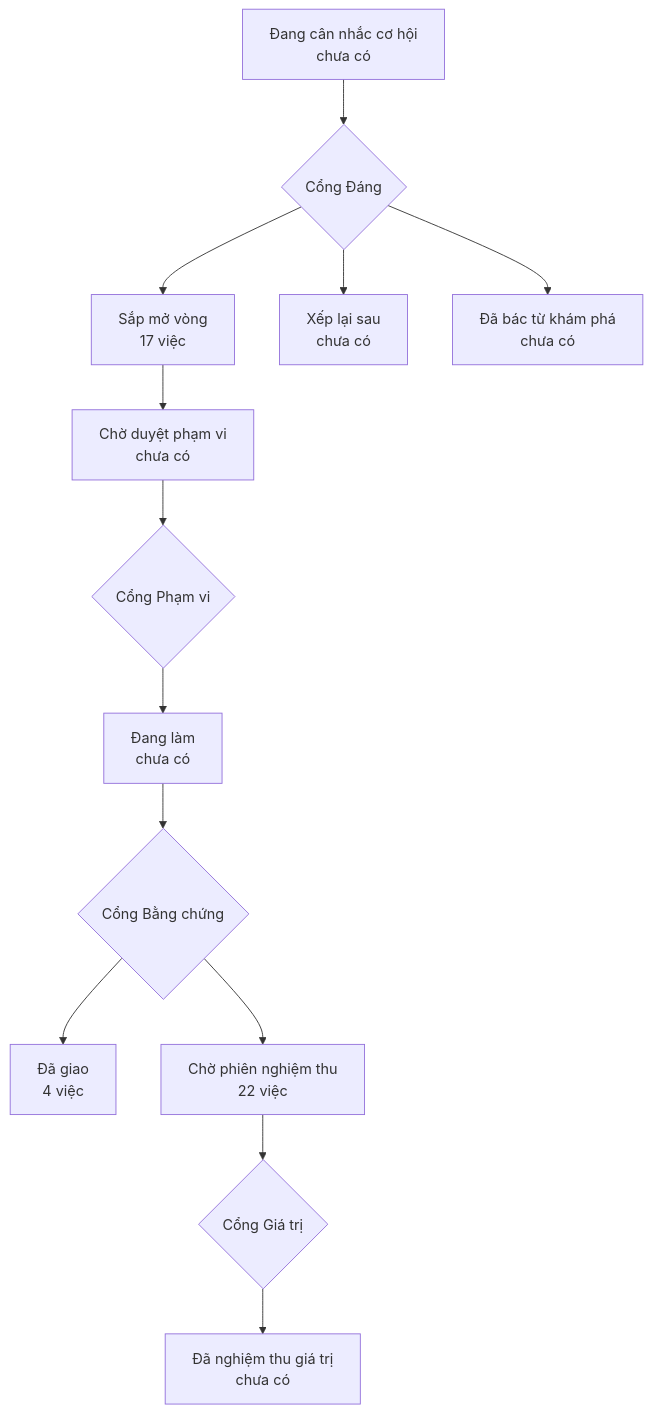
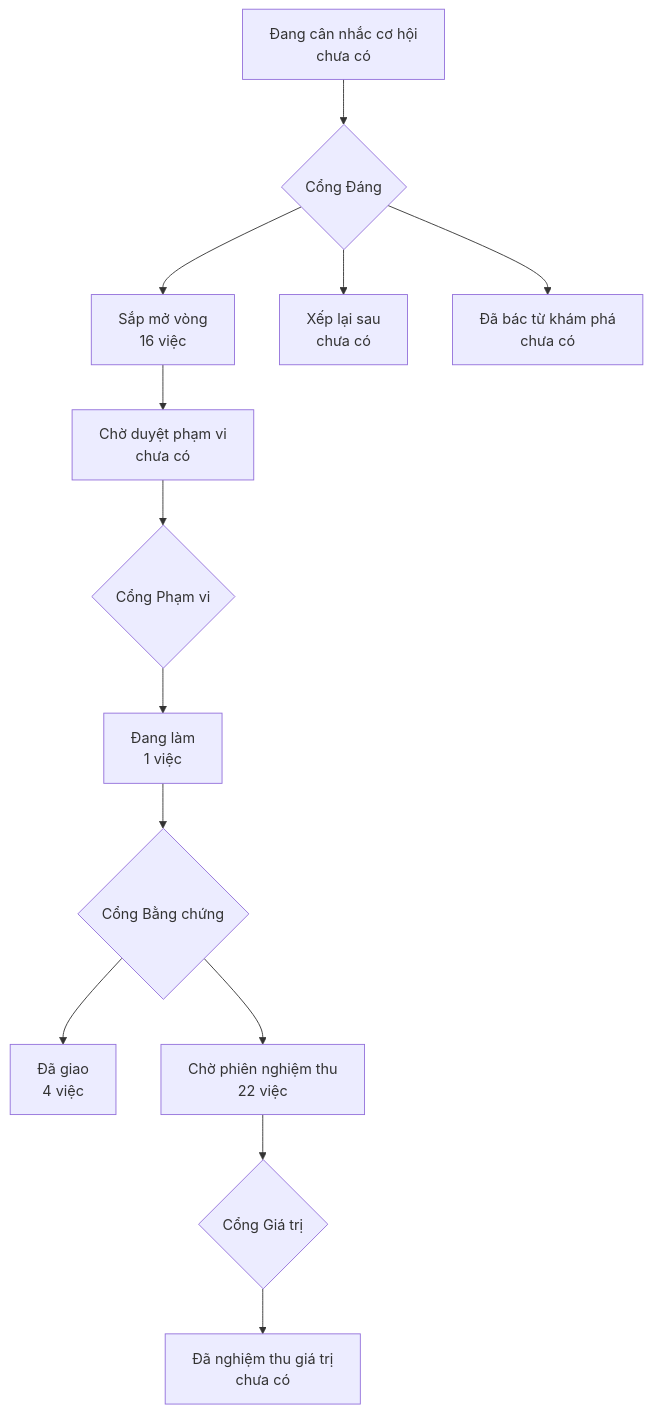
The diagram in PRODUCT-MAP.md (phanlemanh/onehub-quy-hang), drawn with Mermaid before and after one commit. The commit also changed other lines of this file and 3 other files, not shown here.

````diff
--- a/PRODUCT-MAP.md
+++ b/PRODUCT-MAP.md
@@ -7,12 +7,12 @@
 ```mermaid
 flowchart TD
   A["Đang cân nhắc cơ hội<br/>chưa có"] --> GD{"Cổng Đáng"}
-  GD --> B["Sắp mở vòng<br/>17 việc"]
+  GD --> B["Sắp mở vòng<br/>16 việc"]
   GD --> XL["Xếp lại sau<br/>chưa có"]
   GD --> DB["Đã bác từ khám phá<br/>chưa có"]
   B --> CD["Chờ duyệt phạm vi<br/>chưa có"] --> GP{"Cổng Phạm vi"}
-  GP --> DL["Đang làm<br/>chưa có"] --> GB{"Cổng Bằng chứng"}
+  GP --> DL["Đang làm<br/>1 việc"] --> GB{"Cổng Bằng chứng"}
   GB --> DG["Đã giao<br/>4 việc"]
   GB --> CN["Chờ phiên nghiệm thu<br/>22 việc"] --> GG{"Cổng Giá trị"}
   GG --> NT["Đã nghiệm thu giá trị<br/>chưa có"]
 ```
````
